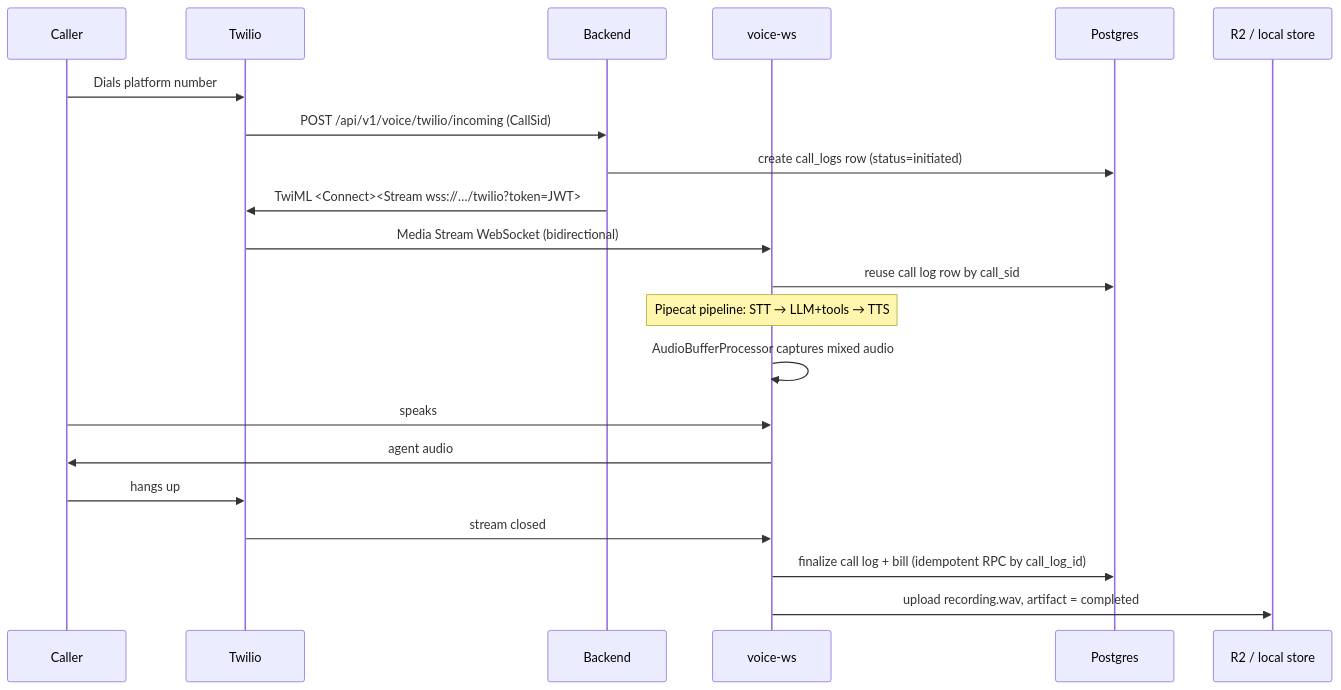
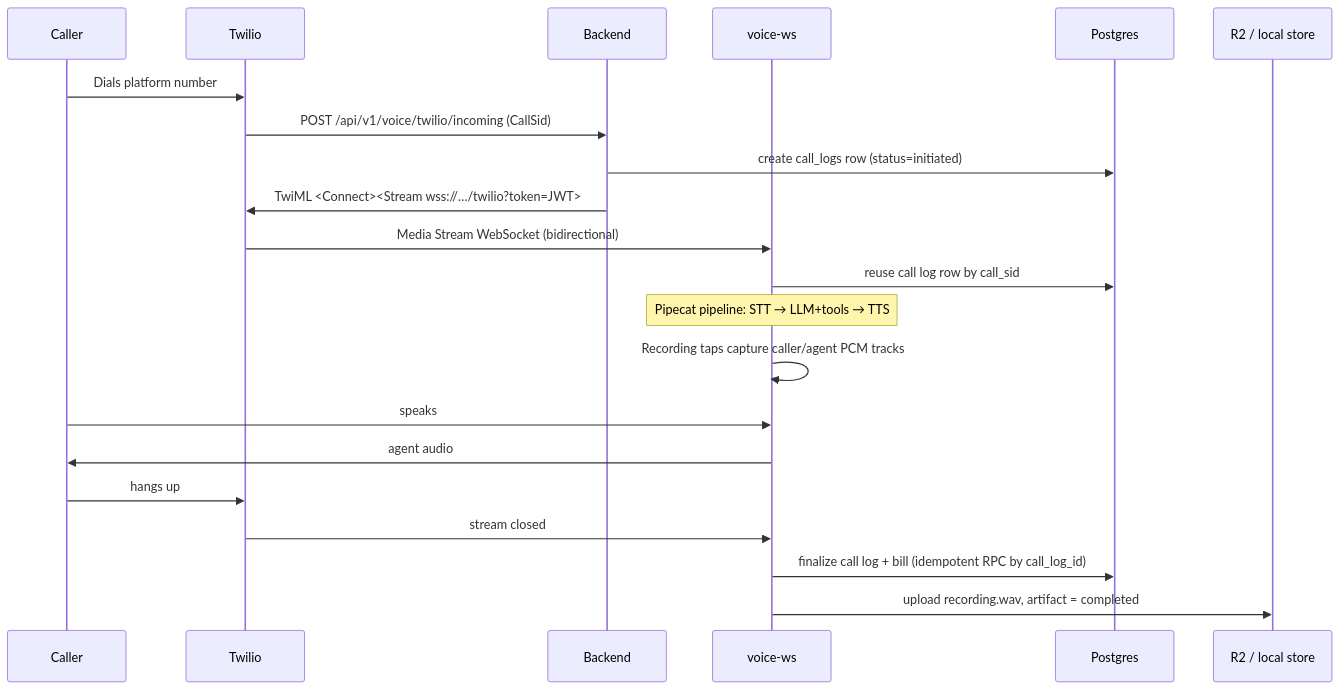
The third of 4 diagrams in docs/03_implementation/call_transfer_to_human.md (gauravdhiman/a1-voice-agent-platform), drawn with Mermaid before and after one commit. The commit also changed other lines of this file and 10 other files, not shown here.

First line of the commit message:
fix(voice): preserve caller audio in recordings

````diff
--- a/docs/03_implementation/call_transfer_to_human.md
+++ b/docs/03_implementation/call_transfer_to_human.md
@@ -166,24 +167,24 @@
 ```mermaid
 sequenceDiagram
     participant Caller
     participant Twilio
     participant Backend
     participant WS as voice-ws
     participant DB as Postgres
     participant R2 as R2 / local store
 
     Caller->>Twilio: Dials platform number
     Twilio->>Backend: POST /api/v1/voice/twilio/incoming (CallSid)
     Backend->>DB: create call_logs row (status=initiated)
     Backend->>Twilio: TwiML <Connect><Stream wss://…/twilio?token=JWT>
     Twilio->>WS: Media Stream WebSocket (bidirectional)
     WS->>DB: reuse call log row by call_sid
     Note over WS: Pipecat pipeline: STT → LLM+tools → TTS
-    WS->>WS: AudioBufferProcessor captures mixed audio
+    WS->>WS: Recording taps capture caller/agent PCM tracks
     Caller->>WS: speaks
     WS->>Caller: agent audio
     Caller->>Twilio: hangs up
     Twilio->>WS: stream closed
     WS->>DB: finalize call log + bill (idempotent RPC by call_log_id)
     WS->>R2: upload recording.wav, artifact = completed
 ```
````
